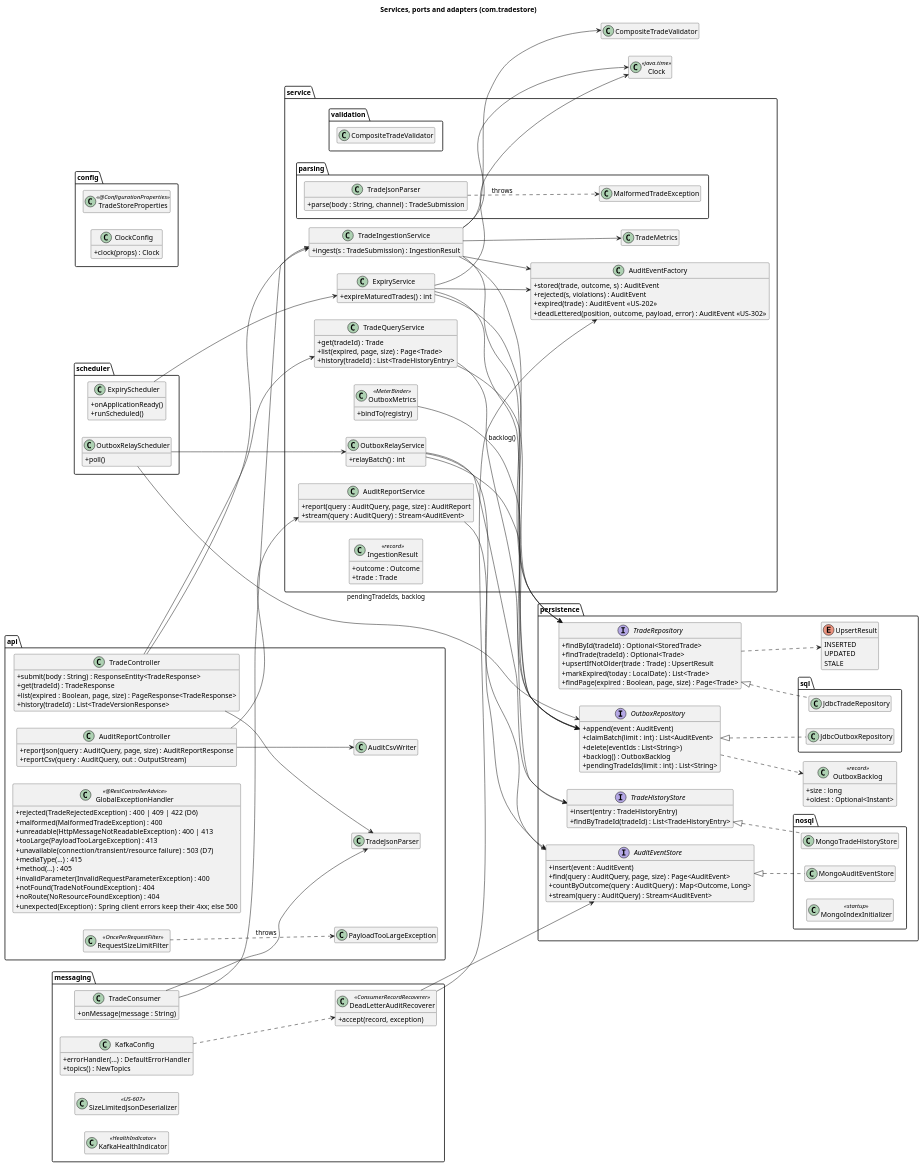
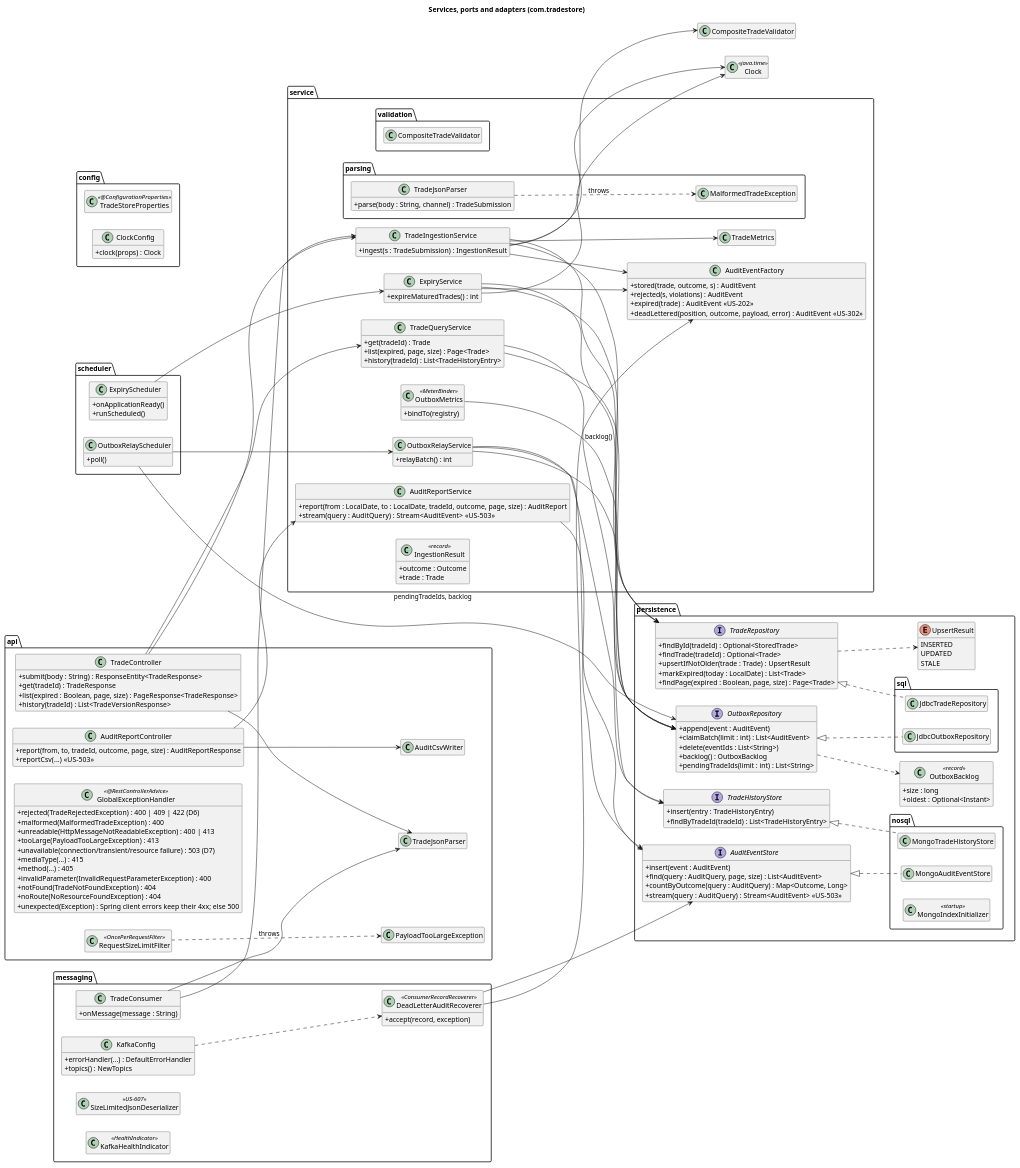
The diagram in docs/diagrams/05-class-components.puml (kuldipkumar/Trade-store), drawn with PlantUML before and after one commit. The commit also changed 7 other files, not shown here.

First line of the commit message:
docs: US-502 diagrams match the code; read-side latency and count/find race documented; PROMPTS; traceability

```diff
--- a/docs/diagrams/05-class-components.puml
+++ b/docs/diagrams/05-class-components.puml
@@ -13,8 +13,8 @@
     + history(tradeId) : List<TradeVersionResponse>
   }
   class AuditReportController {
-    + reportJson(query : AuditQuery, page, size) : AuditReportResponse
-    + reportCsv(query : AuditQuery, out : OutputStream)
+    + report(from, to, tradeId, outcome, page, size) : AuditReportResponse
+    + reportCsv(...)  <<US-503>>
   }
   class GlobalExceptionHandler <<@RestControllerAdvice>> {
     + rejected(TradeRejectedException) : 400 | 409 | 422 (D6)
@@ -67,8 +67,8 @@
     + relayBatch() : int
   }
   class AuditReportService {
-    + report(query : AuditQuery, page, size) : AuditReport
-    + stream(query : AuditQuery) : Stream<AuditEvent>
+    + report(from : LocalDate, to : LocalDate, tradeId, outcome, page, size) : AuditReport
+    + stream(query : AuditQuery) : Stream<AuditEvent>  <<US-503>>
   }
   class AuditEventFactory {
     + stored(trade, outcome, s) : AuditEvent
@@ -113,9 +113,9 @@
   OutboxRepository ..> OutboxBacklog
   interface AuditEventStore {
     + insert(event : AuditEvent)
-    + find(query : AuditQuery, page, size) : Page<AuditEvent>
+    + find(query : AuditQuery, page, size) : List<AuditEvent>
     + countByOutcome(query : AuditQuery) : Map<Outcome, Long>
-    + stream(query : AuditQuery) : Stream<AuditEvent>
+    + stream(query : AuditQuery) : Stream<AuditEvent>  <<US-503>>
   }
   interface TradeHistoryStore {
     + insert(entry : TradeHistoryEntry)
```
